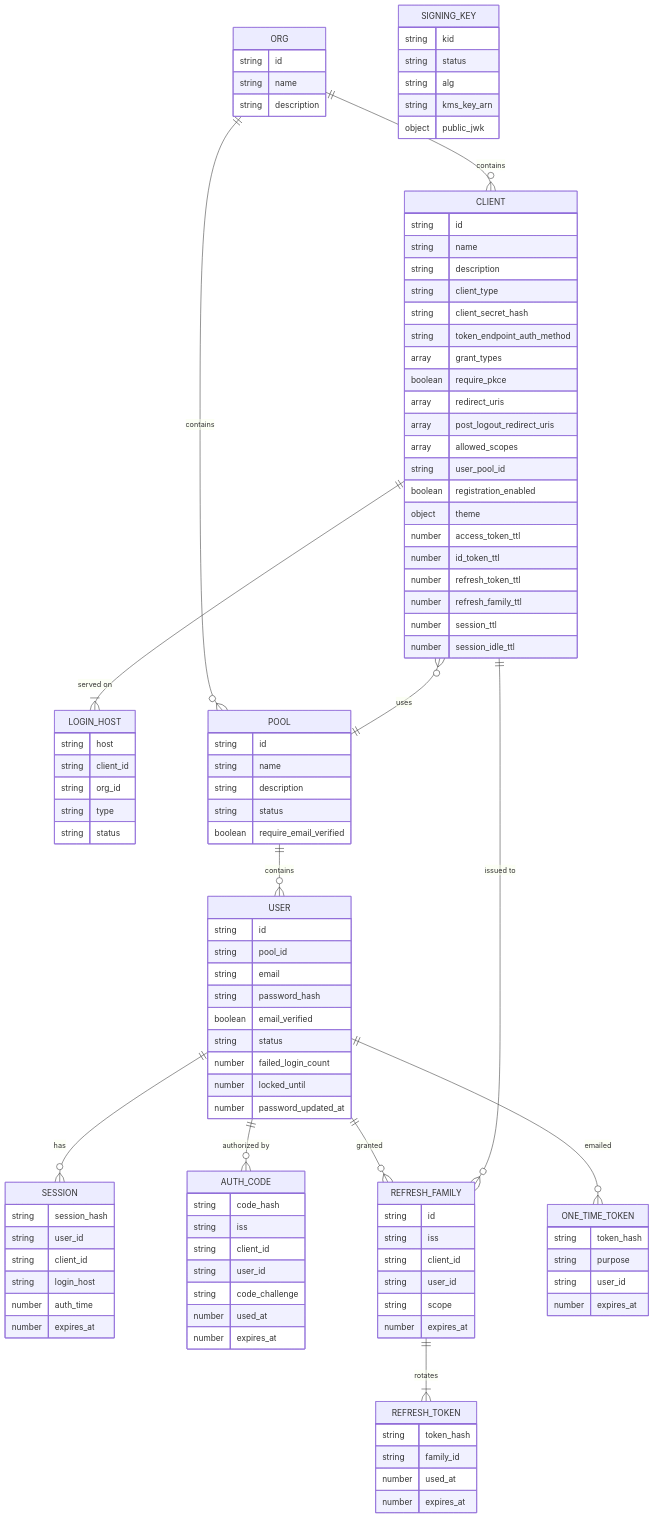
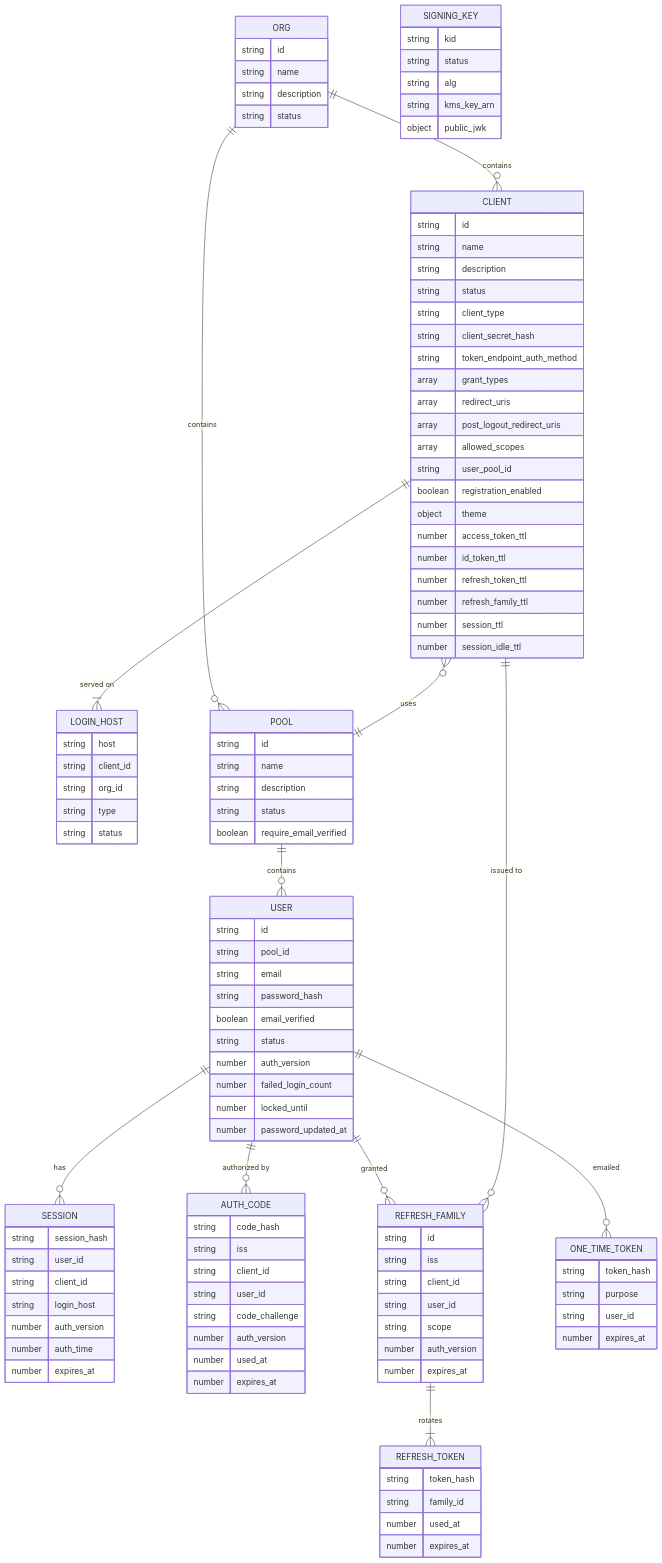
Before and after one commit to litelogin/litelogin: the diagram in Datamodel.md, drawn with Mermaid. The commit also changed other lines of this file, not shown here.

```diff
--- a/Datamodel.md
+++ b/Datamodel.md
@@ -10,17 +10,18 @@
         string id
         string name
         string description
+        string status
     }
 
     CLIENT {
         string id
         string name
         string description
+        string status
         string client_type
         string client_secret_hash
         string token_endpoint_auth_method
         array grant_types
-        boolean require_pkce
         array redirect_uris
         array post_logout_redirect_uris
         array allowed_scopes
@@ -58,6 +59,7 @@
         string password_hash
         boolean email_verified
         string status
+        number auth_version
         number failed_login_count
         number locked_until
         number password_updated_at
@@ -68,6 +70,7 @@
         string user_id
         string client_id
         string login_host
+        number auth_version
         number auth_time
         number expires_at
     }
@@ -78,6 +81,7 @@
         string client_id
         string user_id
         string code_challenge
+        number auth_version
         number used_at
         number expires_at
     }
@@ -88,6 +92,7 @@
         string client_id
         string user_id
         string scope
+        number auth_version
         number expires_at
     }
 
```
